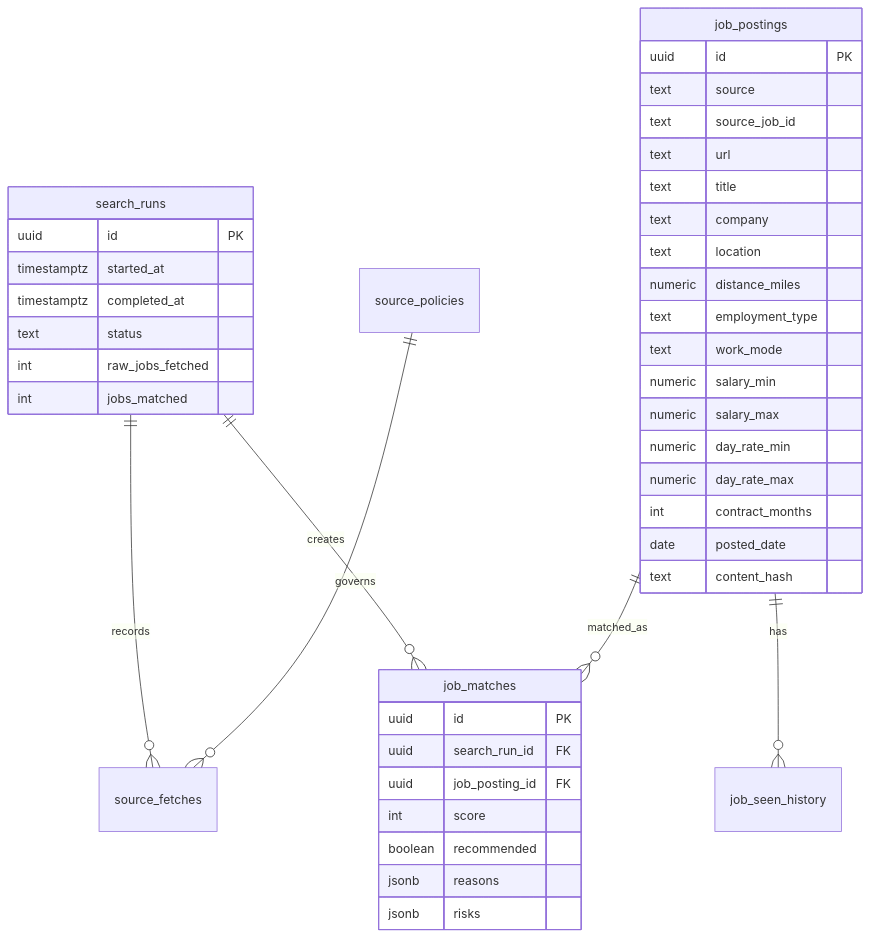
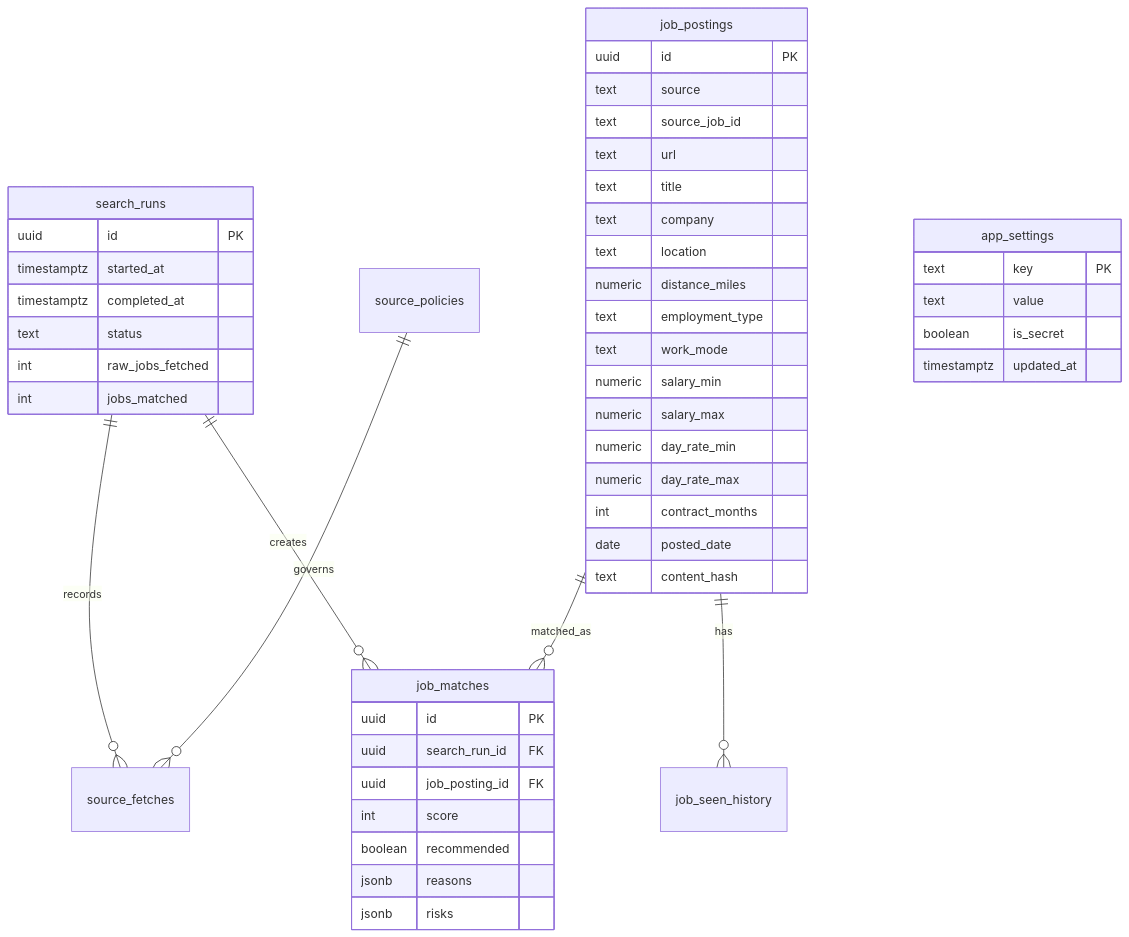
One commit to ekanatha-urivakili/AiJobSearchAgent changed the fourth of 6 diagrams in docs/job-search-agent-architecture.md. Above: the diagram before and after it, drawn with Mermaid. The commit also changed other lines of this file and 19 other files, not shown here.

````diff
--- a/docs/job-search-agent-architecture.md
+++ b/docs/job-search-agent-architecture.md
@@ -112,47 +138,53 @@
 ```mermaid
 erDiagram
     search_runs ||--o{ source_fetches : records
     search_runs ||--o{ job_matches : creates
     job_postings ||--o{ job_matches : matched_as
     job_postings ||--o{ job_seen_history : has
     source_policies ||--o{ source_fetches : governs
-
     search_runs {
         uuid id PK
         timestamptz started_at
         timestamptz completed_at
         text status
         int raw_jobs_fetched
         int jobs_matched
     }
 
     job_postings {
         uuid id PK
         text source
         text source_job_id
         text url
         text title
         text company
         text location
         numeric distance_miles
         text employment_type
         text work_mode
         numeric salary_min
         numeric salary_max
         numeric day_rate_min
         numeric day_rate_max
         int contract_months
         date posted_date
         text content_hash
     }
 
     job_matches {
         uuid id PK
         uuid search_run_id FK
         uuid job_posting_id FK
         int score
         boolean recommended
         jsonb reasons
         jsonb risks
     }
+
+    app_settings {
+        text key PK
+        text value
+        boolean is_secret
+        timestamptz updated_at
+    }
 ```
````
